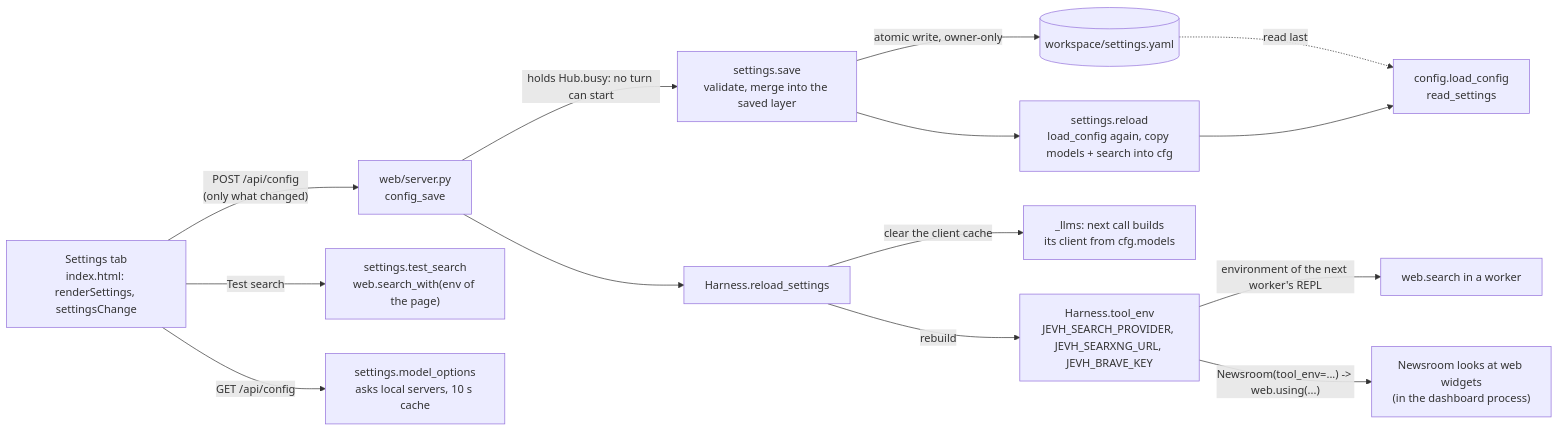
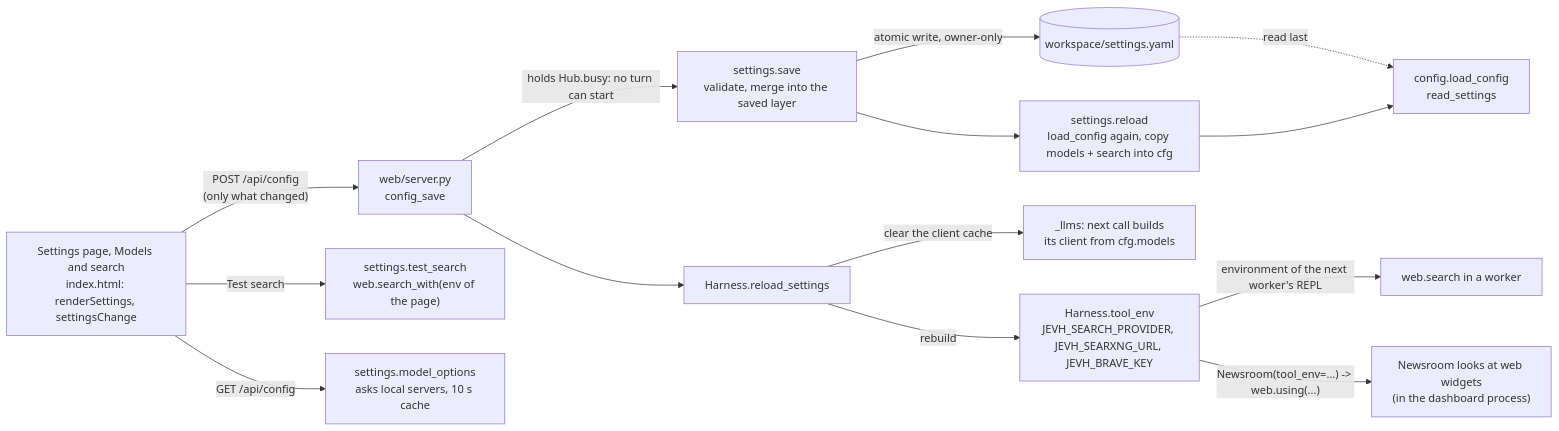
One commit to slumpsod/jev-harness changed the diagram in docs/architecture/21-settings.md. Above: the diagram before and after it, drawn with Mermaid. The commit also changed other lines of this file and 27 other files, not shown here.

````diff
--- a/docs/architecture/21-settings.md
+++ b/docs/architecture/21-settings.md
@@ -7,16 +7,16 @@
 ```mermaid
 flowchart LR
-  TAB["Settings tab<br/>index.html: renderSettings, settingsChange"] -->|"POST /api/config<br/>(only what changed)"| API["web/server.py<br/>config_save"]
+  TAB["Settings page, Models and search<br/>index.html: renderSettings, settingsChange"] -->|"POST /api/config<br/>(only what changed)"| API["web/server.py<br/>config_save"]
   API -->|"holds Hub.busy: no turn can start"| SAVE["settings.save<br/>validate, merge into the saved layer"]
   SAVE -->|"atomic write, owner-only"| FILE[("workspace/settings.yaml")]
   SAVE --> RELOAD["settings.reload<br/>load_config again, copy models + search into cfg"]
   FILE -. "read last" .-> LOAD["config.load_config<br/>read_settings"]
   RELOAD --> LOAD
   API --> H["Harness.reload_settings"]
   H -->|"clear the client cache"| LLMS["_llms: next call builds<br/>its client from cfg.models"]
   H -->|"rebuild"| ENV["Harness.tool_env<br/>JEVH_SEARCH_PROVIDER, JEVH_SEARXNG_URL, JEVH_BRAVE_KEY"]
   ENV -->|"environment of the next worker's REPL"| REPL["web.search in a worker"]
   ENV -->|"Newsroom(tool_env=...) -> web.using(...)"| NR["Newsroom looks at web widgets<br/>(in the dashboard process)"]
   TAB -->|"Test search"| TEST["settings.test_search<br/>web.search_with(env of the page)"]
   TAB -->|"GET /api/config"| OPT["settings.model_options<br/>asks local servers, 10 s cache"]
 ```
````
